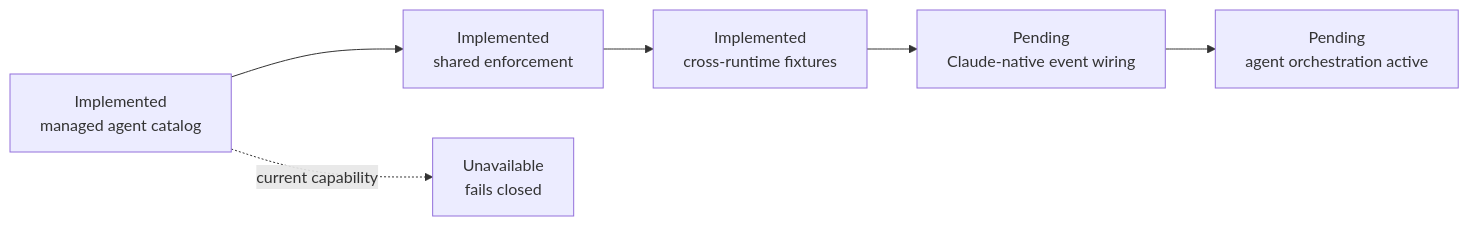
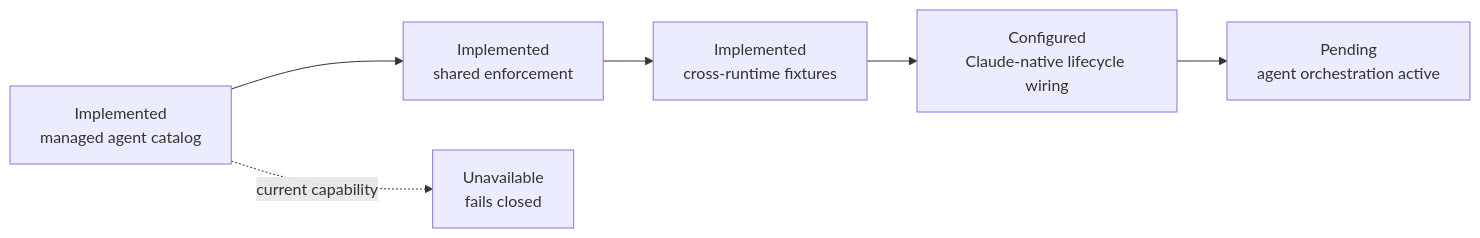
Before and after one commit to agentic-os-brasil/bcg-brasil-agentic-os: the diagram in adapters/claude/README.md, drawn with Mermaid. The commit also changed 21 other files, not shown here.

````diff
--- a/adapters/claude/README.md
+++ b/adapters/claude/README.md
@@ -33,8 +33,8 @@
 ```mermaid
 flowchart LR
     Catalog["Implemented<br/>managed agent catalog"] --> Adapter["Implemented<br/>shared enforcement"]
     Adapter --> Fixtures["Implemented<br/>cross-runtime fixtures"]
-    Fixtures --> Wiring["Pending<br/>Claude-native event wiring"]
+    Fixtures --> Wiring["Configured<br/>Claude-native lifecycle wiring"]
     Wiring --> Active["Pending<br/>agent orchestration active"]
     Catalog -.->|current capability| Unavailable["Unavailable<br/>fails closed"]
 ```
````
